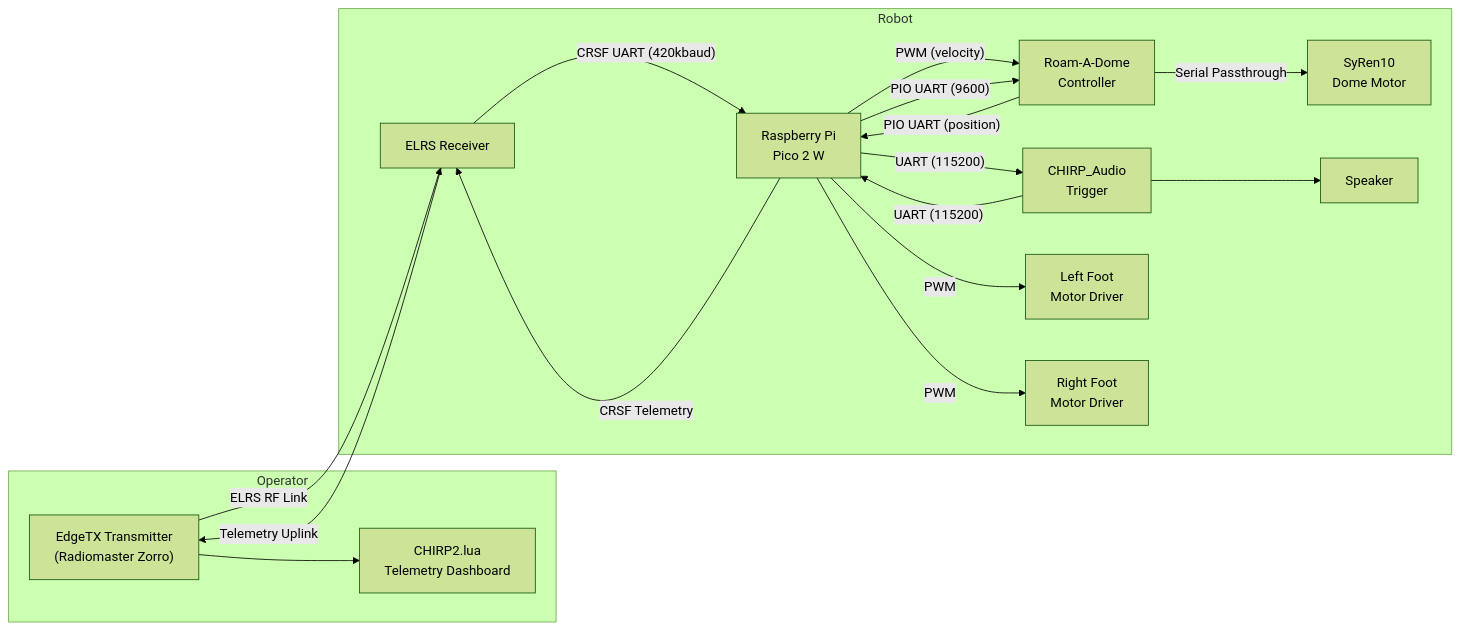
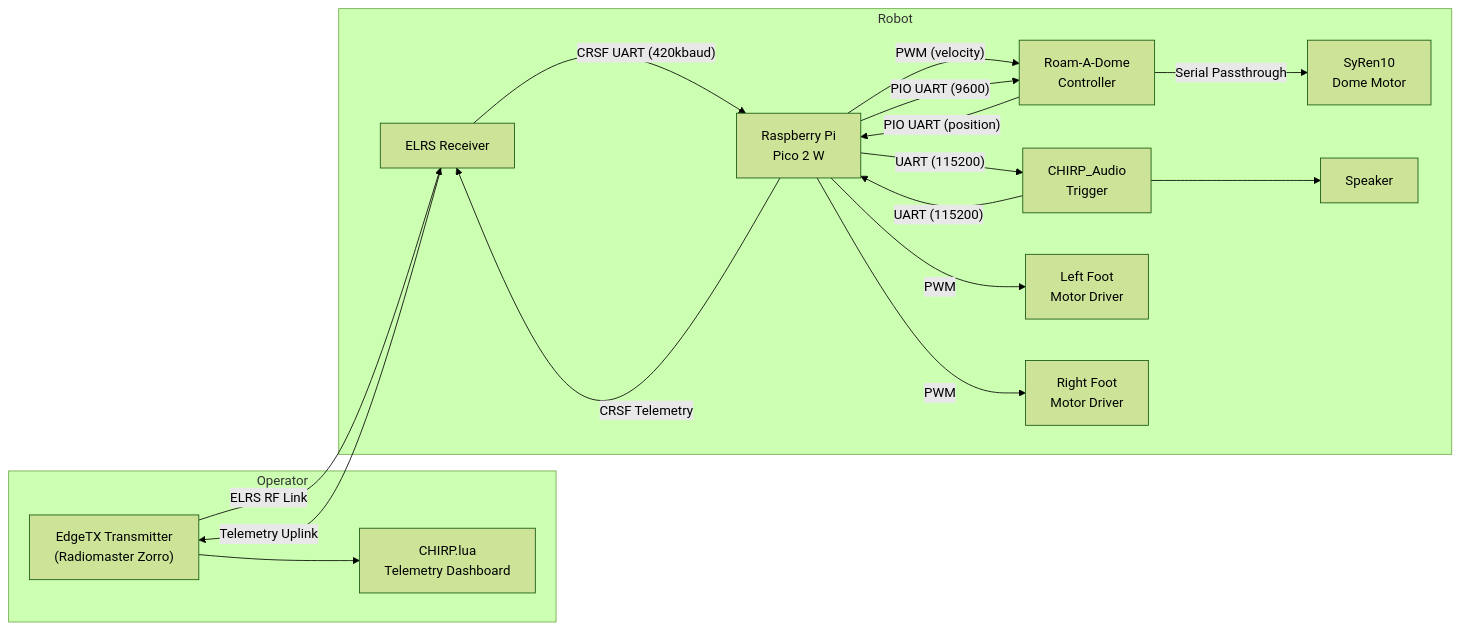
Before and after one commit to joymonkey/CHIRP: the first of 3 diagrams in CHIRP_Droid_Control/README.md, drawn with Mermaid (forest theme). The commit also changed other lines of this file, not shown here.

````diff
--- a/CHIRP_Droid_Control/README.md
+++ b/CHIRP_Droid_Control/README.md
@@ -28,31 +28,31 @@
 ```mermaid
 graph LR
     subgraph Operator
         TX["EdgeTX Transmitter<br/>(Radiomaster Zorro)"]
-        LUA["CHIRP2.lua<br/>Telemetry Dashboard"]
+        LUA["CHIRP.lua<br/>Telemetry Dashboard"]
     end
     subgraph Robot
         ELRS["ELRS Receiver"]
         PICO["Raspberry Pi<br/>Pico 2 W"]
         RAD["Roam-A-Dome<br/>Controller"]
         AUDIO["CHIRP_Audio<br/>Trigger"]
         FL["Left Foot<br/>Motor Driver"]
         FR["Right Foot<br/>Motor Driver"]
         SYR["SyRen10<br/>Dome Motor"]
         SPK["Speaker"]
     end
     TX -- "ELRS RF Link" --> ELRS
     ELRS -- "CRSF UART (420kbaud)" --> PICO
     PICO -- "CRSF Telemetry" --> ELRS
     ELRS -- "Telemetry Uplink" --> TX
     TX --> LUA
     PICO -- "UART (115200)" --> AUDIO
     AUDIO -- "UART (115200)" --> PICO
     AUDIO --> SPK
     PICO -- "PWM (velocity)" --> RAD
     PICO -- "PIO UART (9600)" --> RAD
     RAD -- "PIO UART (position)" --> PICO
     RAD -- "Serial Passthrough" --> SYR
     PICO -- "PWM" --> FL
     PICO -- "PWM" --> FR
 ```
````
